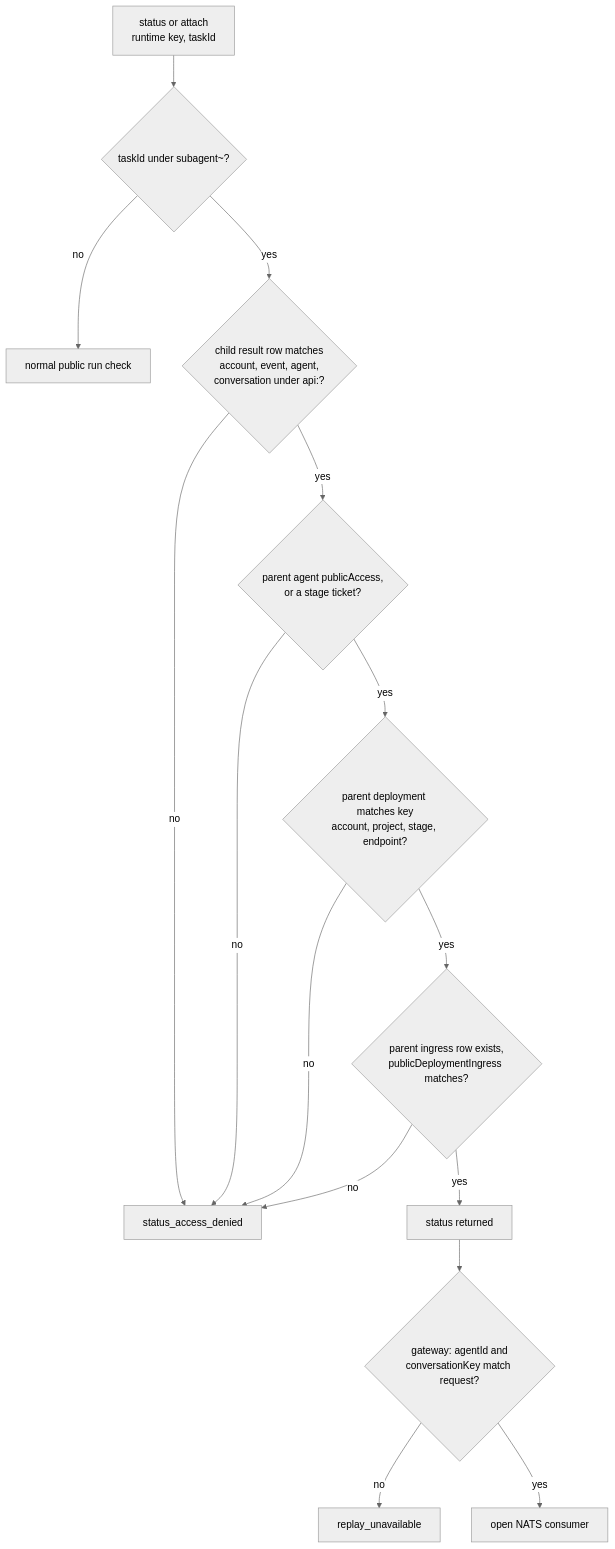
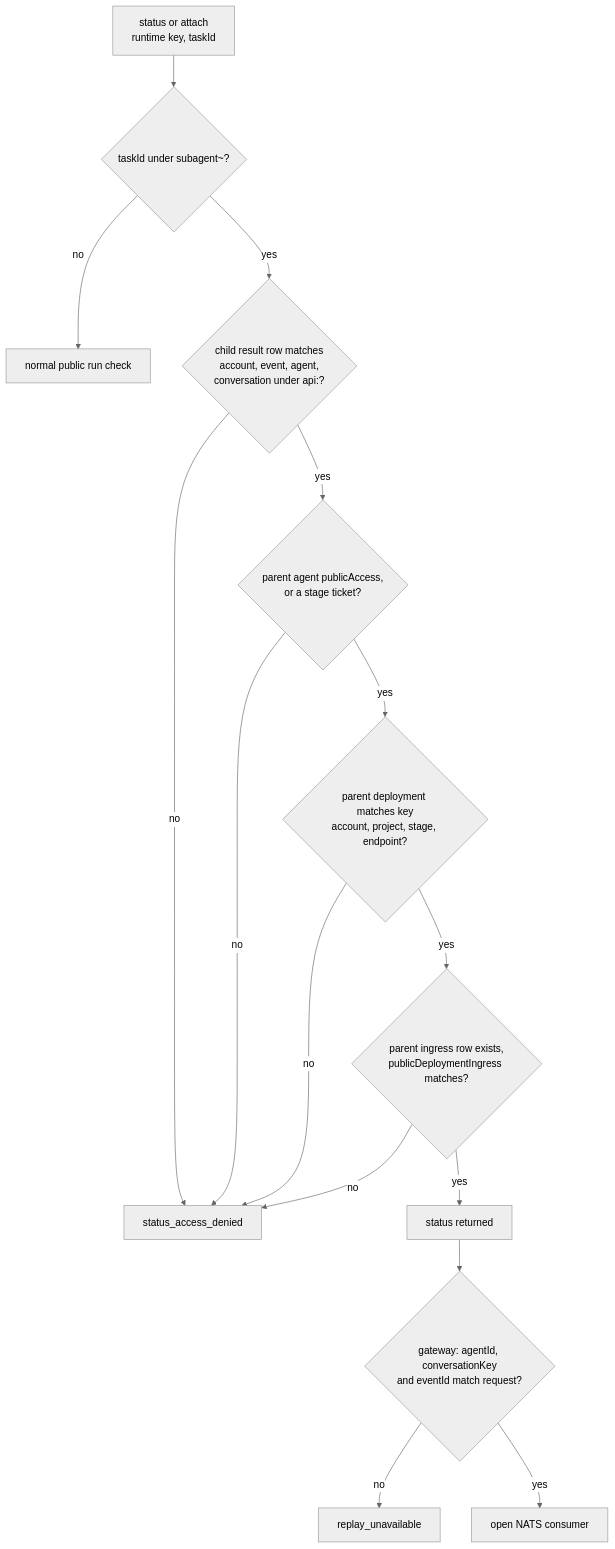
Before and after one commit to beeblastco/broods: the seventh of 7 diagrams in apps/docs/docs/internals/subagents.md, drawn with Mermaid (neutral theme). The commit also changed 18 other files, not shown here.

````diff
--- a/apps/docs/docs/internals/subagents.md
+++ b/apps/docs/docs/internals/subagents.md
@@ -206,17 +206,17 @@
 ```mermaid
 flowchart TD
   Req["status or attach<br/>runtime key, taskId"] --> Ns{"taskId under subagent~?"}
   Ns -->|"no"| Pub["normal public run check"]
   Ns -->|"yes"| Child{"child result row matches<br/>account, event, agent,<br/>conversation under api:?"}
   Child -->|"no"| Deny["status_access_denied"]
   Child -->|"yes"| PAgent{"parent agent publicAccess,<br/>or a stage ticket?"}
   PAgent -->|"no"| Deny
   PAgent -->|"yes"| PDep{"parent deployment matches key<br/>account, project, stage, endpoint?"}
   PDep -->|"no"| Deny
   PDep -->|"yes"| PRow{"parent ingress row exists,<br/>publicDeploymentIngress matches?"}
   PRow -->|"no"| Deny
   PRow -->|"yes"| Ok["status returned"]
-  Ok --> GW{"gateway: agentId and<br/>conversationKey match request?"}
+  Ok --> GW{"gateway: agentId, conversationKey<br/>and eventId match request?"}
   GW -->|"no"| Unav["replay_unavailable"]
   GW -->|"yes"| Open["open NATS consumer"]
 ```
````
